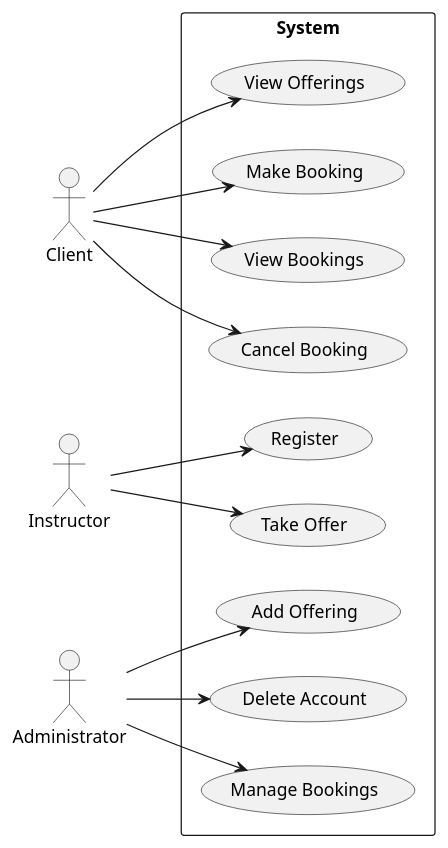
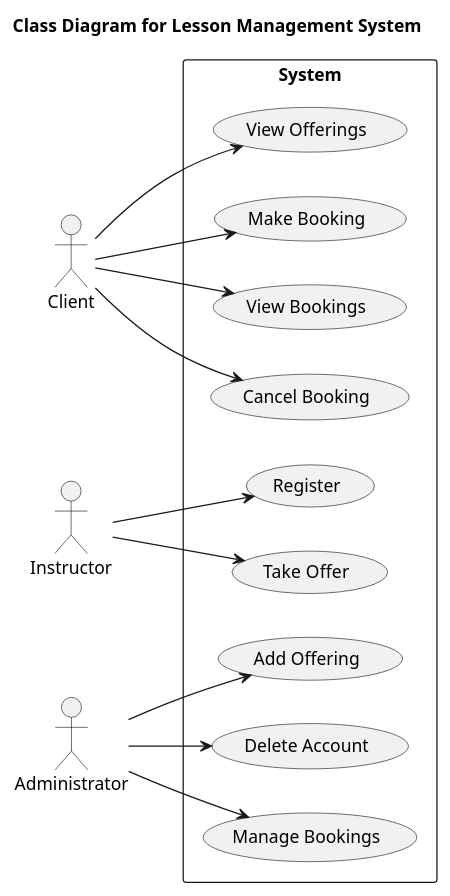
The diagram in diagrams/src/use-case.pu (NathanGrenier/SOEN-342-Project), drawn with PlantUML before and after one commit.

```diff
--- a/diagrams/src/use-case.pu
+++ b/diagrams/src/use-case.pu
@@ -1,34 +1,34 @@
 @startuml
-
+title Class Diagram for Lesson Management System
 left to right direction
 
 actor Client as Cli
 actor Instructor as Inst
 actor Administrator as Ad
 
 rectangle System {
 usecase "View Offerings" as ViewOfferings
 usecase "Make Booking" as MakeBooking
 usecase "View Bookings" as ViewBookings
 usecase "Cancel Booking" as CancelBooking
 usecase "Register" as Register
 usecase "Take Offer" as TakeOffer
 usecase "Add Offering" as AddOffer
 usecase "Delete Account" as Delete
 usecase "Manage Bookings" as Manage
 }
 
 
 Cli --> MakeBooking
 Cli --> ViewBookings
 Cli --> CancelBooking
 Cli --> ViewOfferings
 
 Inst --> Register
 Inst --> TakeOffer
 
 Ad --> AddOffer
 Ad --> Delete
 Ad --> Manage
 
 @enduml
```
